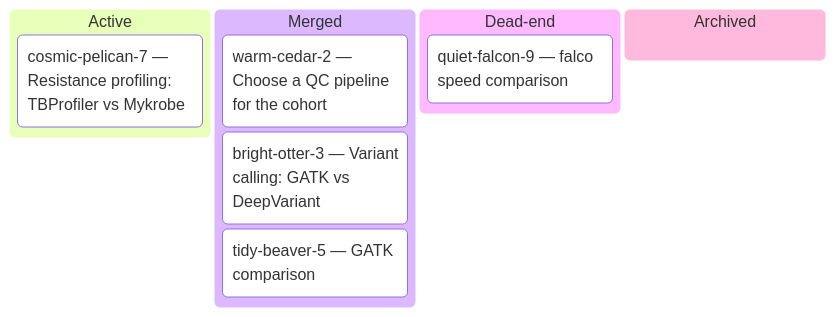
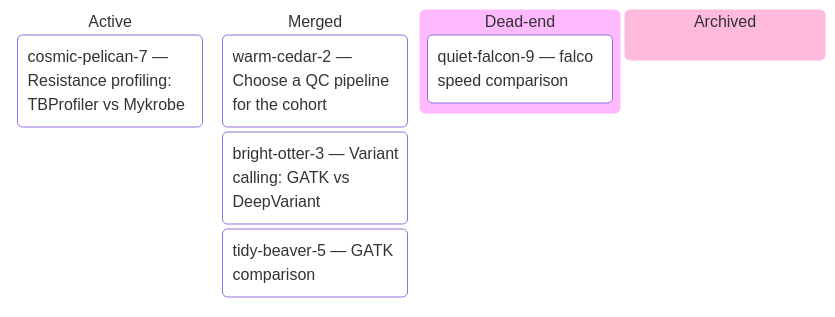
Before and after one commit to abc-cluster/abc-cluster-cli: the second of 9 diagrams in docs/tutorials/project-management.md, drawn with Mermaid. The commit also changed other lines of this file, not shown here.

````diff
--- a/docs/tutorials/project-management.md
+++ b/docs/tutorials/project-management.md
@@ -243,15 +249,21 @@
 ```mermaid
 ---
 title: tb-cohort-2026 — kanban
 ---
+%%{init: {'themeVariables': {
+  'cScale0':'#e3f1d9','cScaleLabel0':'#1a1a1a',
+  'cScale1':'#dde8f5','cScaleLabel1':'#1a1a1a',
+  'cScale2':'#fbe9e7','cScaleLabel2':'#1a1a1a',
+  'cScale3':'#ececea','cScaleLabel3':'#1a1a1a'
+}}}%%
 kanban
   Active
     cosmic-pelican-7[cosmic-pelican-7 — Resistance profiling: TBProfiler vs Mykrobe]
   Merged
     warm-cedar-2[warm-cedar-2 — Choose a QC pipeline for the cohort]
     bright-otter-3[bright-otter-3 — Variant calling: GATK vs DeepVariant]
     tidy-beaver-5[tidy-beaver-5 — GATK comparison]
   Dead-end
     quiet-falcon-9[quiet-falcon-9 — falco speed comparison]
   Archived
 ```
````
